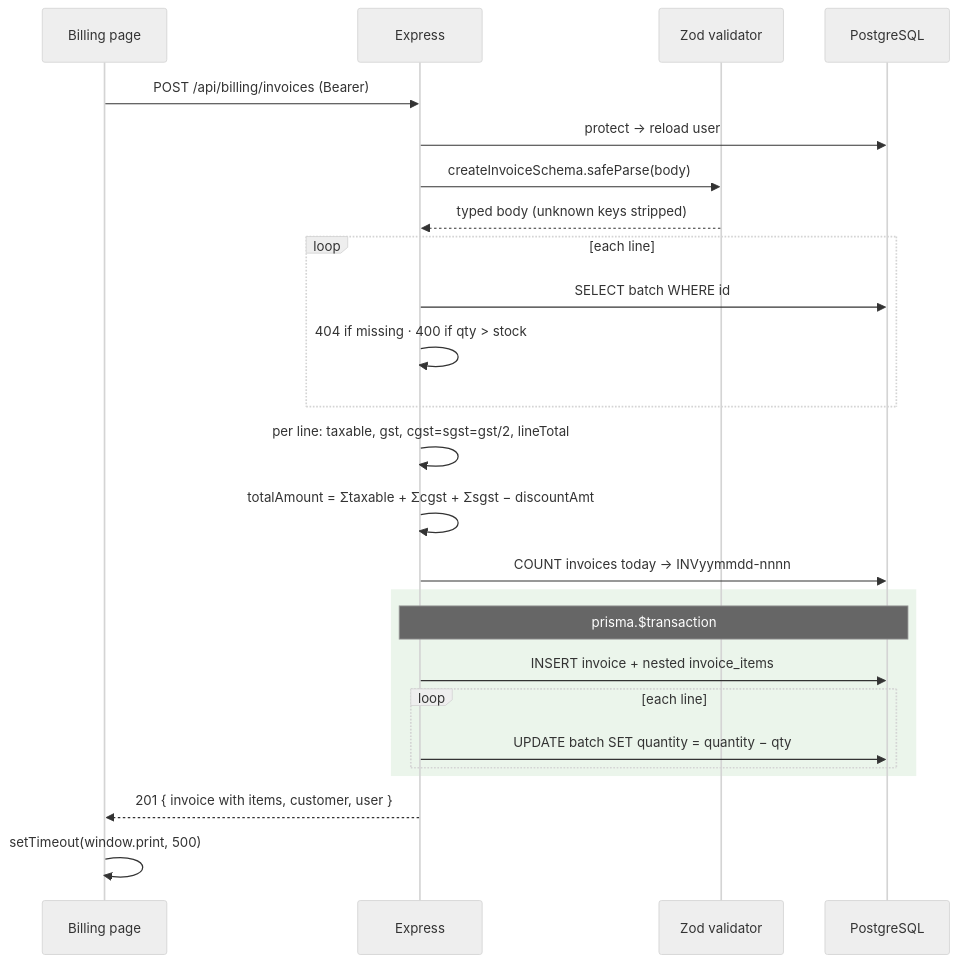
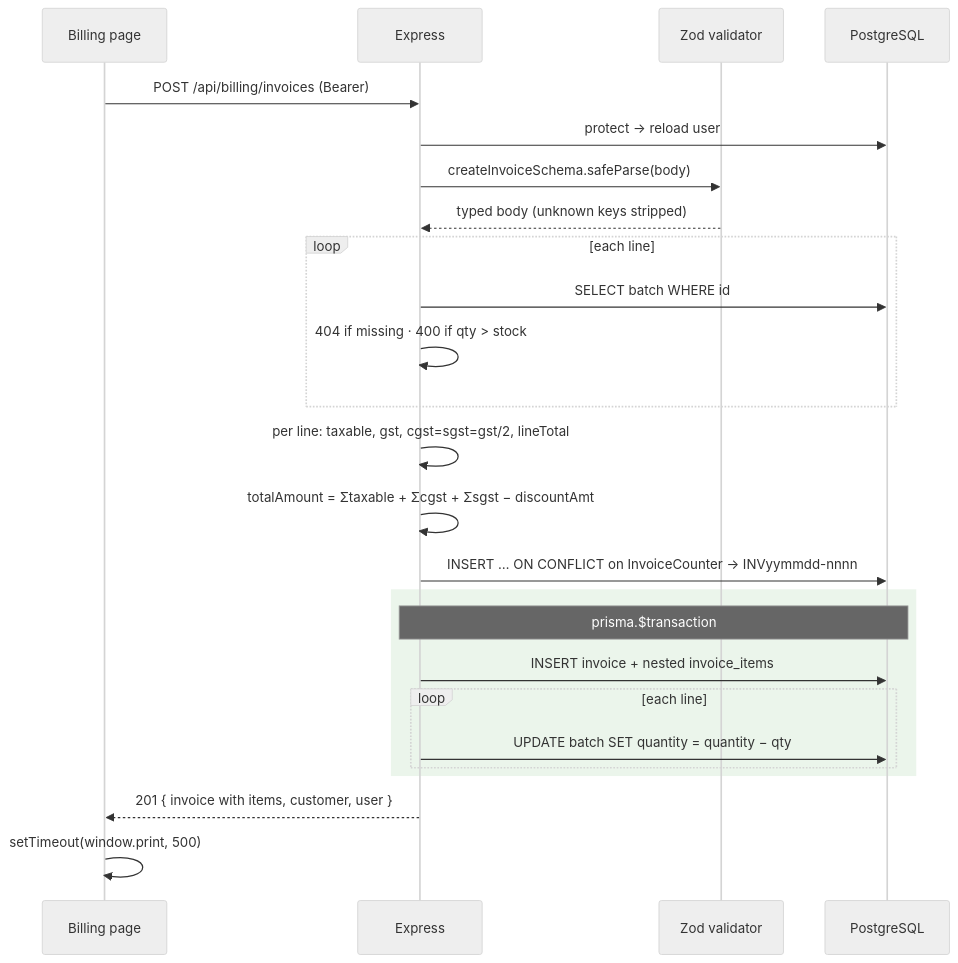
The fourth of 4 diagrams in docs/02-architecture.md (adarsh0707-kumar/medical-billing), drawn with Mermaid (neutral theme) before and after one commit. The commit also changed other lines of this file and 17 other files, not shown here.

````diff
--- a/docs/02-architecture.md
+++ b/docs/02-architecture.md
@@ -223,32 +223,32 @@
 ```mermaid
 sequenceDiagram
     participant SPA as Billing page
     participant API as Express
     participant Z as Zod validator
     participant DB as PostgreSQL
 
     SPA->>API: POST /api/billing/invoices  (Bearer)
     API->>DB: protect → reload user
     API->>Z: createInvoiceSchema.safeParse(body)
     Z-->>API: typed body (unknown keys stripped)
 
     loop each line
         API->>DB: SELECT batch WHERE id
         API->>API: 404 if missing · 400 if qty > stock
     end
 
     API->>API: per line: taxable, gst, cgst=sgst=gst/2, lineTotal
     API->>API: totalAmount = Σtaxable + Σcgst + Σsgst − discountAmt
-    API->>DB: COUNT invoices today → INVyymmdd-nnnn
+    API->>DB: INSERT … ON CONFLICT on InvoiceCounter → INVyymmdd-nnnn
 
     rect rgb(235,245,235)
     Note over API,DB: prisma.$transaction
     API->>DB: INSERT invoice + nested invoice_items
     loop each line
         API->>DB: UPDATE batch SET quantity = quantity − qty
     end
     end
 
     API-->>SPA: 201 { invoice with items, customer, user }
     SPA->>SPA: setTimeout(window.print, 500)
 ```
````
